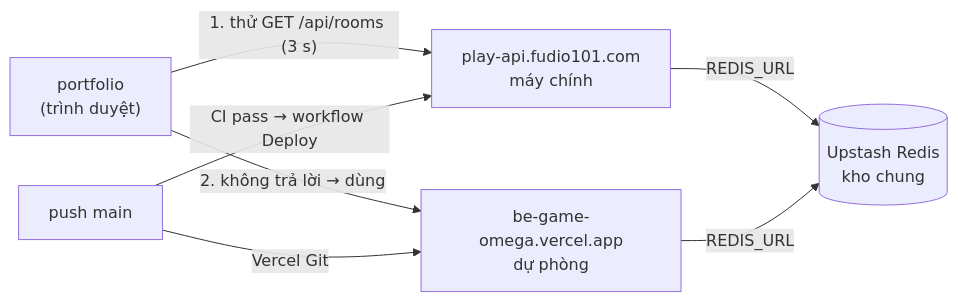
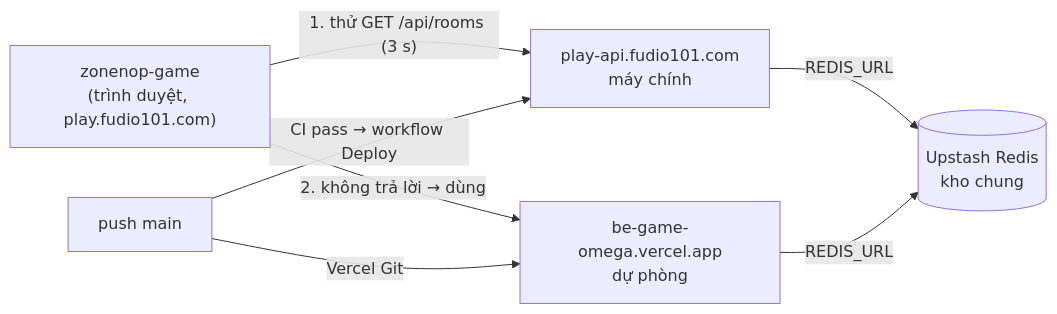
The diagram in docs/DEPLOYMENT.md (ThachHuynhIT/be_game), drawn with Mermaid before and after one commit. The commit also changed other lines of this file and 14 other files, not shown here.

````diff
--- a/docs/DEPLOYMENT.md
+++ b/docs/DEPLOYMENT.md
@@ -19,9 +19,9 @@
 ```mermaid
 flowchart LR
-  P["portfolio<br/>(trình duyệt)"] -- "1. thử GET /api/rooms (3 s)" --> M["play-api.fudio101.com<br/>máy chính"]
+  P["zonenop-game<br/>(trình duyệt, play.fudio101.com)"] -- "1. thử GET /api/rooms (3 s)" --> M["play-api.fudio101.com<br/>máy chính"]
   P -- "2. không trả lời → dùng" --> V["be-game-omega.vercel.app<br/>dự phòng"]
   M -- "REDIS_URL" --> U[("Upstash Redis<br/>kho chung")]
   V -- "REDIS_URL" --> U
   GH["push main"] -- "CI pass → workflow Deploy" --> M
   GH -- "Vercel Git" --> V
 ```
````
